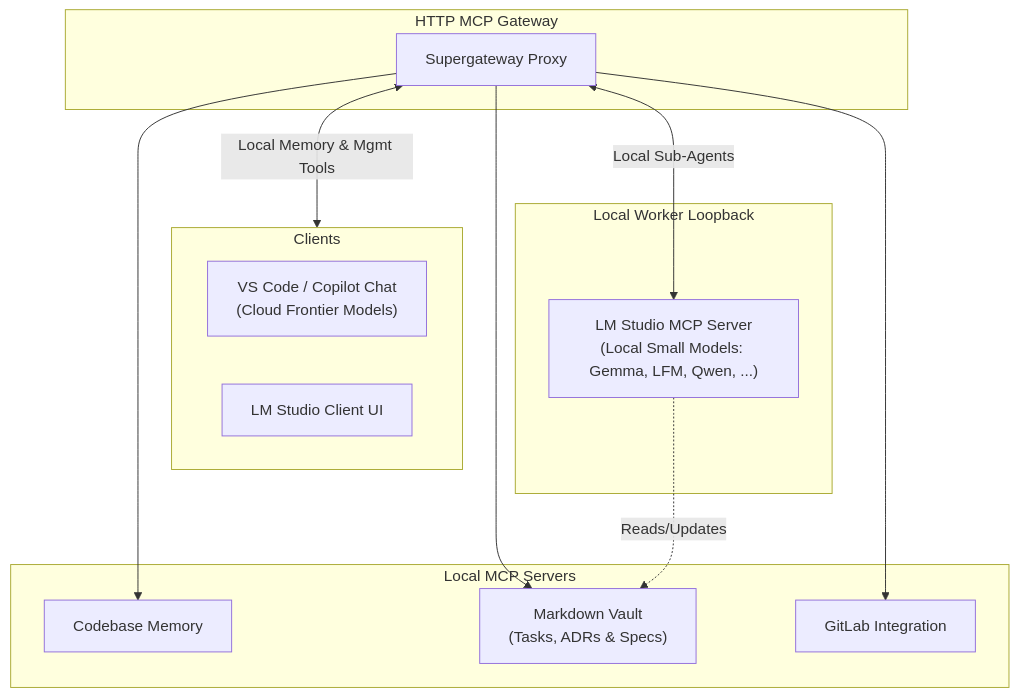
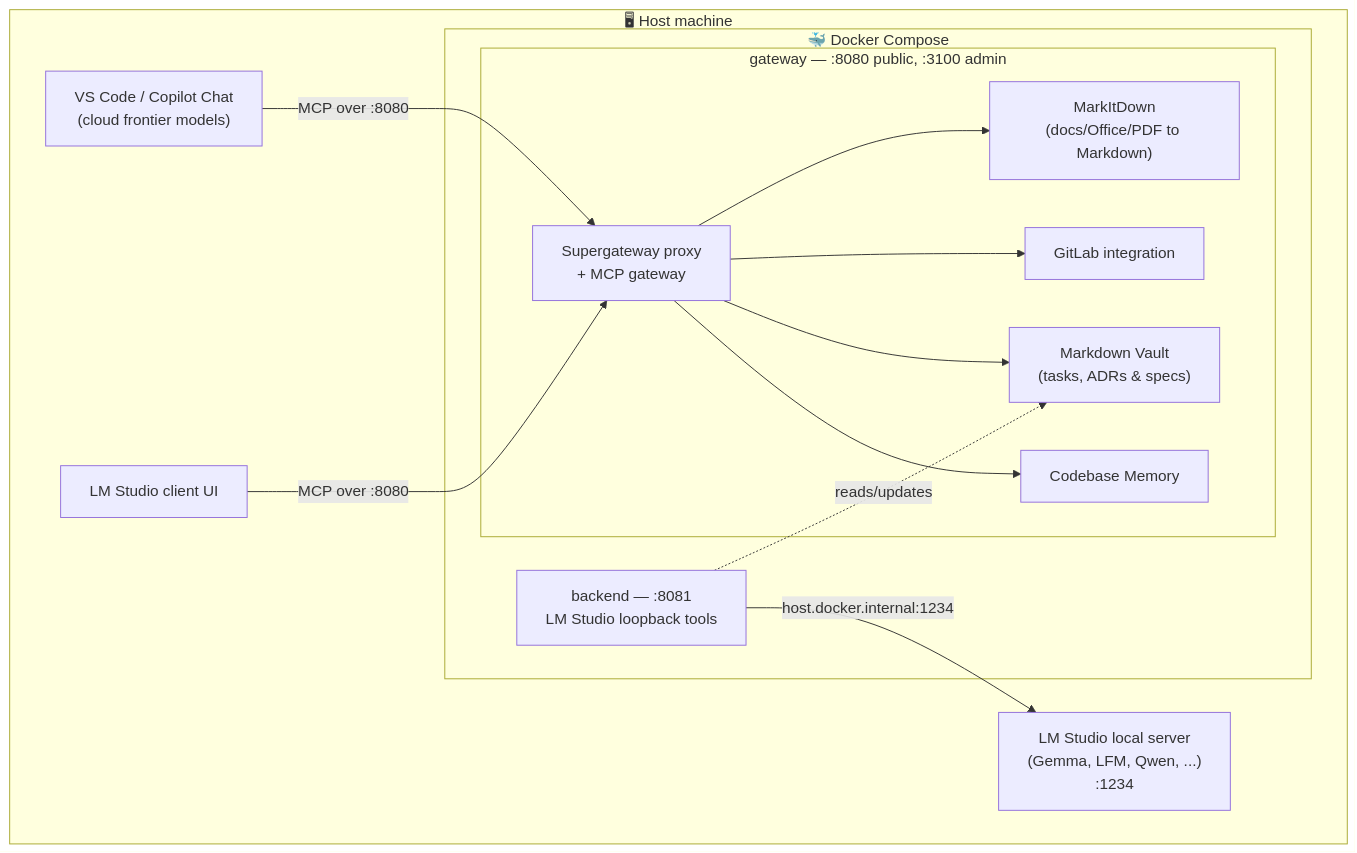
Before and after one commit to Flexi23/vscode-mcp-supergateway: the diagram in README.md, drawn with Mermaid. The commit also changed other lines of this file and 23 other files, not shown here.

First line of the commit message:
feat!: make Docker the only runtime, drop host scripting and CLI

````diff
--- a/README.md
+++ b/README.md
@@ -19,33 +21,31 @@
 ```mermaid
-graph
-    subgraph Clients["Clients"]
-        Copilot["VS Code / Copilot Chat<br/>(Cloud Frontier Models)"]
-        LMStudio_Host["LM Studio Client UI"]
+graph TB
+    subgraph Host["🖥 Host machine"]
+        Copilot["VS Code / Copilot Chat<br/>(cloud frontier models)"]
+        LMStudioUI["LM Studio client UI"]
+        LMStudioServer["LM Studio local server<br/>(Gemma, LFM, Qwen, ...)<br/>:1234"]
+
+        subgraph Docker["🐳 Docker Compose"]
+            subgraph GatewaySvc["gateway — :8080 public, :3100 admin"]
+                Proxy["Supergateway proxy<br/>+ MCP gateway"]
+                CodebaseMemory["Codebase Memory"]
+                MarkdownVault["Markdown Vault<br/>(tasks, ADRs & specs)"]
+                GitLab["GitLab integration"]
+                MarkItDown["MarkItDown<br/>(docs/Office/PDF to Markdown)"]
+            end
+
+            BackendSvc["backend — :8081<br/>LM Studio loopback tools"]
+        end
     end
 
-    subgraph Gateway["HTTP MCP Gateway"]
-        Supergateway["Supergateway Proxy"]
-    end
+    Copilot -->|"MCP over :8080"| Proxy
+    LMStudioUI -->|"MCP over :8080"| Proxy
 
-    subgraph Loopback["Local Worker Loopback"]
-        LMStudio_Worker["LM Studio MCP Server<br>(Local Small Models: Gemma, LFM, Qwen, ...)"]
-    end
+    Proxy --> CodebaseMemory
+    Proxy --> MarkdownVault
+    Proxy --> GitLab
+    Proxy --> MarkItDown
 
-    subgraph Backends["Local MCP Servers"]
-        CodebaseMemory["Codebase Memory"]
-        MarkdownVault["Markdown Vault<br>(Tasks, ADRs & Specs)"]
-        GitLab["GitLab Integration"]
-    end
-
-    %% Client connections to Gateway
-    Supergateway <-- "Local Memory & Mgmt Tools" --> Clients
-    
-    %% Gateway routes to Backends and Loopback Worker
-    Supergateway --> CodebaseMemory
-    Supergateway --> MarkdownVault
-    Supergateway --> GitLab
-    
-    %% Loopback Worker Execution
-    Supergateway <-->|"Local Sub-Agents"| LMStudio_Worker
-    LMStudio_Worker -. "Reads/Updates" .-> MarkdownVault
+    BackendSvc -->|"host.docker.internal:1234"| LMStudioServer
+    BackendSvc -. "reads/updates" .-> MarkdownVault
 ```
````
